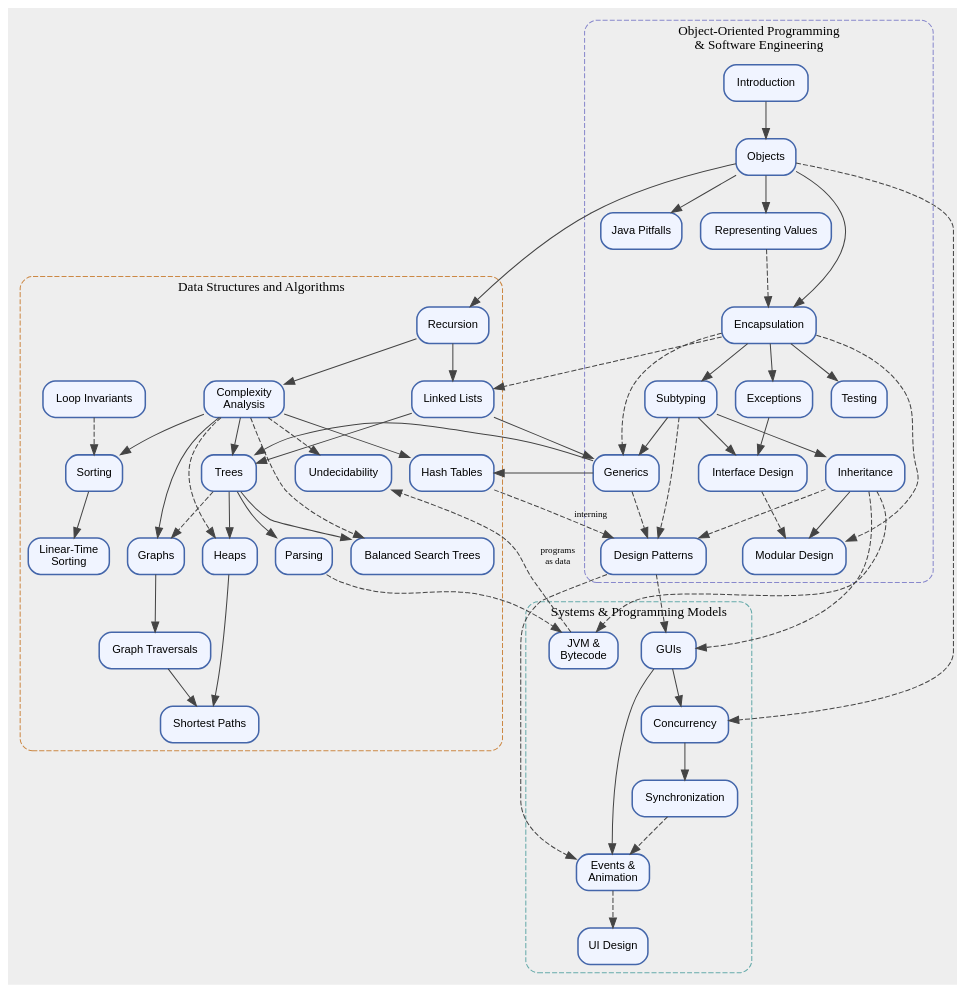
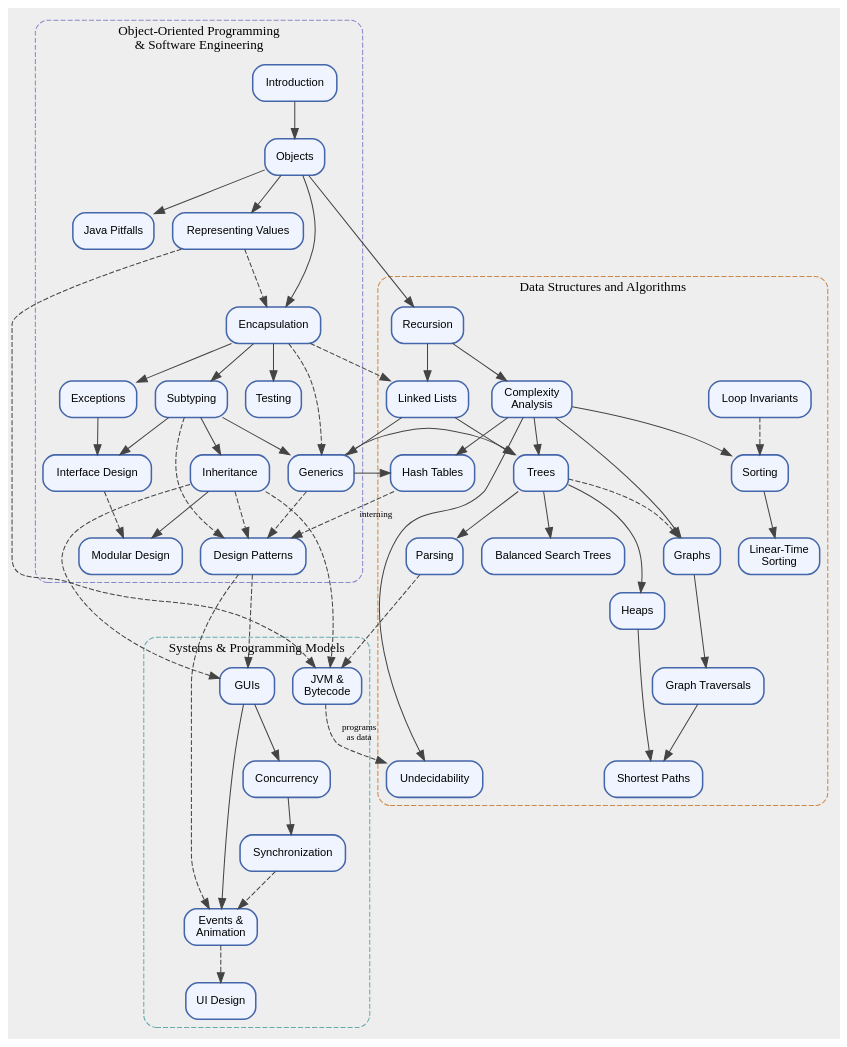
One commit to andrewcmyers/oodds changed the diagram in lectures/dependencies.dot. Above: the diagram before and after it, drawn with Graphviz. The commit also changed 1 other file, not shown here.

```diff
--- a/lectures/dependencies.dot
+++ b/lectures/dependencies.dot
@@ -1,169 +1,167 @@
 // Lecture dependency diagram
 // Solid edges = strict prerequisite (must read X before Y)
 // Dashed edges = helpful background (X provides useful context for Y)
 
 digraph dependencies {
     rankdir=TB
     node [shape=box, style="rounded,filled", fontname="Helvetica", fontsize=11,
           fillcolor="#f0f4ff", color="#4466aa", penwidth=1.5]
     edge [color="#444444"]
     bgcolor = "#eeeeee"
 
     // === OOP & Software Engineering ===
     subgraph cluster_oop {
         label="Object-Oriented Programming\n& Software Engineering"
         style="rounded,dashed"
         color="#8888cc"
         fontname="Helvetica Bold"
         fontsize=13
 
         intro    [label="Introduction"]
         objects  [label="Objects"]
         pitfalls [label="Java Pitfalls"]
         java_rep [label="Representing Values"]
         encapsulation [label="Encapsulation"]
         subtyping [label="Subtyping"]
         intf_design [label="Interface Design"]
         exceptions [label="Exceptions"]
         inheritance [label="Inheritance"]
         mod_design [label="Modular Design"]
         testing    [label="Testing"]
         patterns   [label="Design Patterns"]
         generics   [label="Generics"]
     }
 
     // === Data Structures and Algorithms ===
     subgraph cluster_dsa {
         label="Data Structures and Algorithms"
         style="rounded,dashed"
         color="#cc8844"
         fontname="Helvetica Bold"
         fontsize=13
 
         recursion [label="Recursion"]
         lists [label="Linked Lists"]
         complexity [label="Complexity\nAnalysis"]
         loopinv    [label="Loop Invariants"]
         trees      [label="Trees"]
         hashtables [label="Hash Tables"]
         parsing    [label="Parsing"]
         sorting    [label="Sorting"]
         radix_sort [label="Linear-Time\nSorting"]
         heaps      [label="Heaps"]
         avl        [label="Balanced Search Trees"]
         graphs     [label="Graphs"]
         traversals [label="Graph Traversals"]
         ssp        [label="Shortest Paths"]
         undecidability  [label="Undecidability"]
+        { rank=same; undecidability; ssp; }
     }
 
     // === Programming Models ===
     subgraph cluster_pm {
         label="Systems & Programming Models"
         style="rounded,dashed"
         color="#66aaaa"
         fontname="Helvetica Bold"
         fontsize=13
 
         gui        [label="GUIs"]
         guievents  [label="Events &\nAnimation"]
         uidesign   [label="UI Design"]
         concurrency     [label="Concurrency"]
         synchronization [label="Synchronization"]
         jvm             [label="JVM &\nBytecode"]
     }
 
     // ============================
     // Strict prerequisites (solid)
     // ============================
 
     // Core OOP chain
     intro -> objects
     objects -> pitfalls
     objects -> java_rep
     objects -> encapsulation
     encapsulation -> subtyping
     subtyping -> intf_design
     subtyping -> inheritance
     encapsulation -> exceptions
     exceptions -> intf_design
 
     // Software engineering
     inheritance -> mod_design
     encapsulation -> testing
 
     // Data structures
     objects -> recursion
     recursion -> complexity
     recursion -> lists
     subtyping -> generics
     lists -> trees
     lists -> generics
     generics -> trees
     generics -> hashtables
     trees -> heaps
     trees -> avl
     trees -> parsing
 
     // Algorithm analysis
     complexity -> sorting
     complexity -> trees
     complexity -> hashtables
     sorting -> radix_sort
 
     // Graphs
     trees -> graphs [style=dashed]  // graphs generalize but don't strictly require trees
     complexity -> graphs
     graphs -> traversals
     traversals -> ssp
     heaps -> ssp
 
     // GUI
     gui -> guievents
 
     // Systems
     concurrency -> synchronization
 
     // ============================
     // Helpful background (dashed)
     // ============================
 
     // OOP connections
     java_rep -> encapsulation [style=dashed]
+    java_rep -> jvm [style=dashed]
     intf_design -> mod_design [style=dashed]
-    encapsulation -> mod_design [style=dashed]
 
     // SE to data structures
     encapsulation -> lists [style=dashed]
     encapsulation -> generics [style=dashed]
 
     // Algorithm analysis
     loopinv -> sorting [style=dashed]
-    complexity -> heaps [style=dashed]
-    complexity -> avl [style=dashed]
 
     // Design patterns bridge
     inheritance -> patterns [style=dashed]
     subtyping -> patterns [style=dashed]
     generics -> patterns [style=dashed]
     hashtables -> patterns [style=dashed, label="interning", fontsize=9]
 
     // GUI connections
     patterns -> gui [style=dashed]
     inheritance -> gui [style=dashed]
     patterns -> guievents [style=dashed]
     guievents -> uidesign [style=dashed]
 
     // Concurrency
     gui -> concurrency
-    objects -> concurrency [style=dashed]
     synchronization -> guievents [style=dashed]
 
     // JVM
     inheritance -> jvm [style=dashed]
     parsing -> jvm [style=dashed]
 
     // Undecidability
-    complexity -> undecidability [style=dashed]
+    complexity -> undecidability
     jvm -> undecidability [style=dashed, label="programs\nas data", fontsize=9]
 }
```
